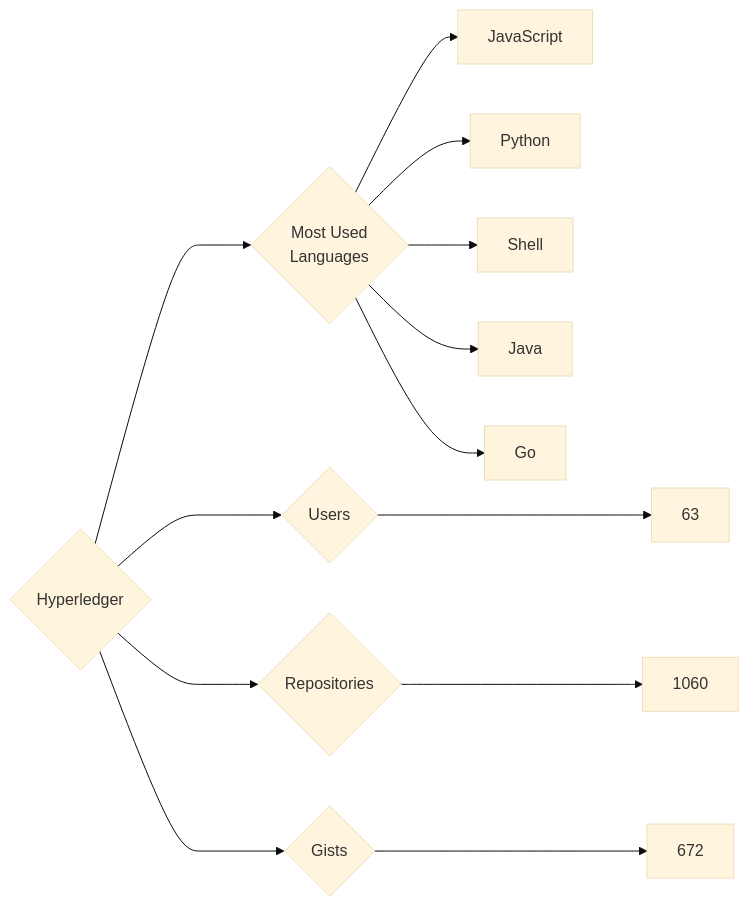
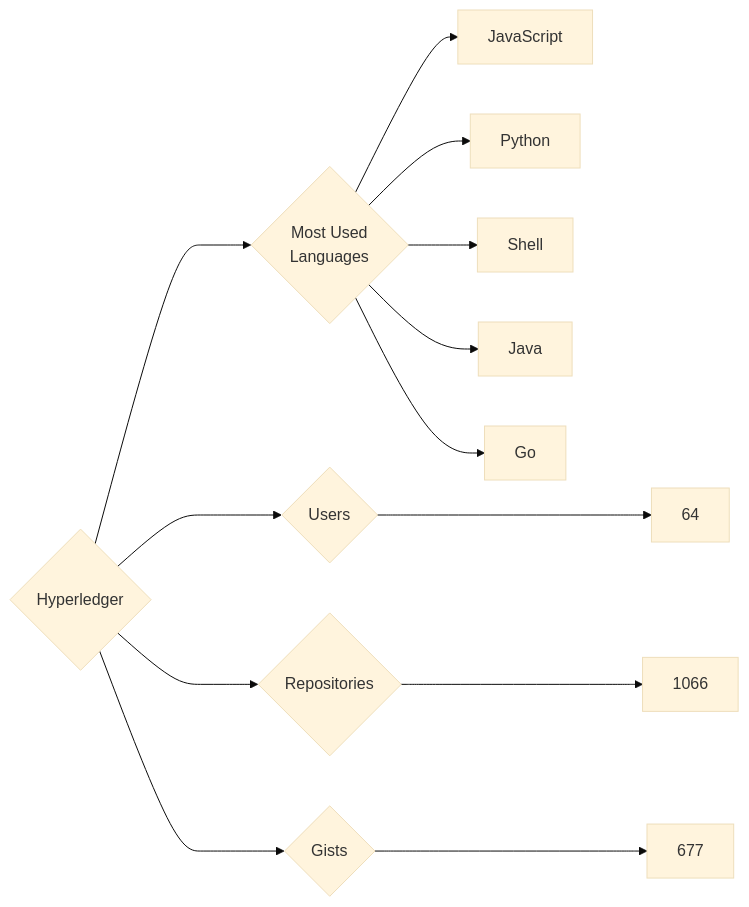
Before and after one commit to trickest/insiders: the diagram in targets/Hyperledger/README.md, drawn with Mermaid (base theme). The commit also changed 837 other files, not shown here.

````diff
--- a/targets/Hyperledger/README.md
+++ b/targets/Hyperledger/README.md
@@ -3,13 +3,13 @@
 ```mermaid
 graph LR
 COMPANY_NAME{Hyperledger}
-COMPANY_NAME ---> U{Users} ---> UN[63]
-COMPANY_NAME ---> R{Repositories} ---> RN[1060]
-COMPANY_NAME ---> G{Gists} ---> GN[672]
+COMPANY_NAME ---> U{Users} ---> UN[64]
+COMPANY_NAME ---> R{Repositories} ---> RN[1066]
+COMPANY_NAME ---> G{Gists} ---> GN[677]
 COMPANY_NAME ---> ML{Most Used<br>Languages}
 ML --> JavaScript[JavaScript]
 ML --> Python[Python]
 ML --> Shell[Shell]
 ML --> Java[Java]
 ML --> Go[Go]
 ```
````
